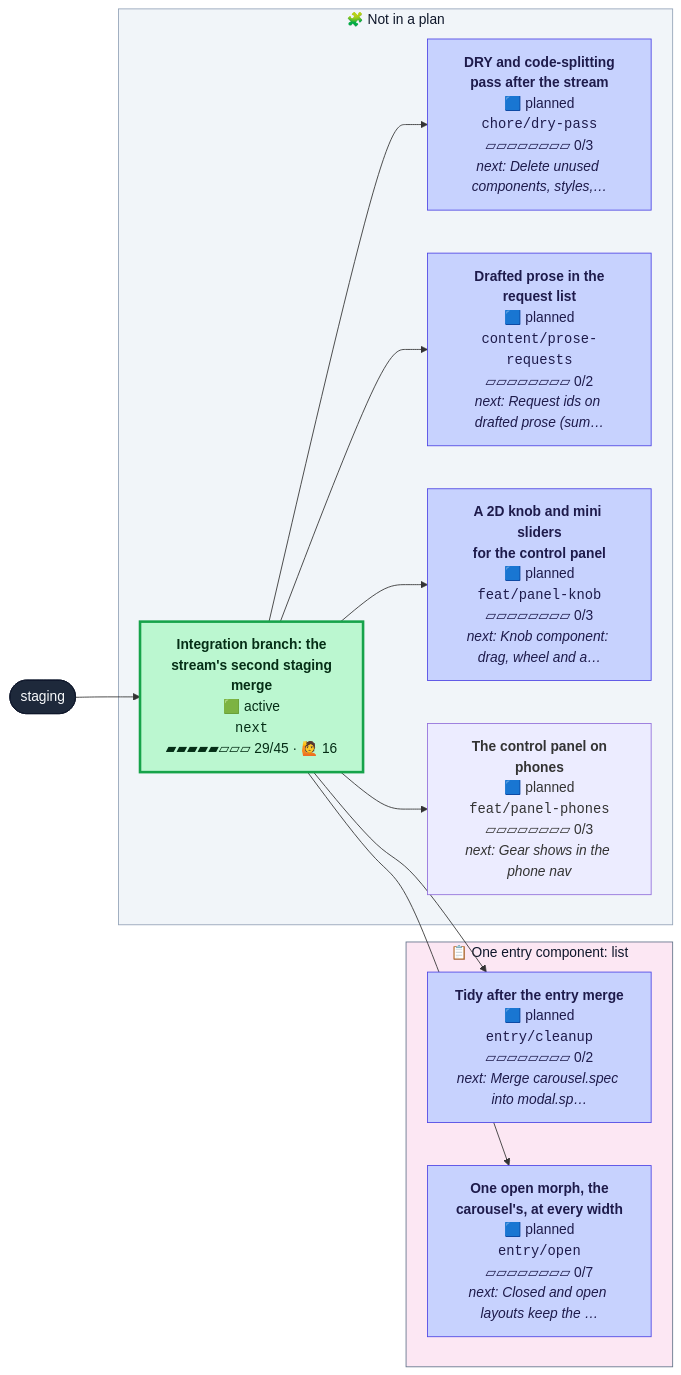
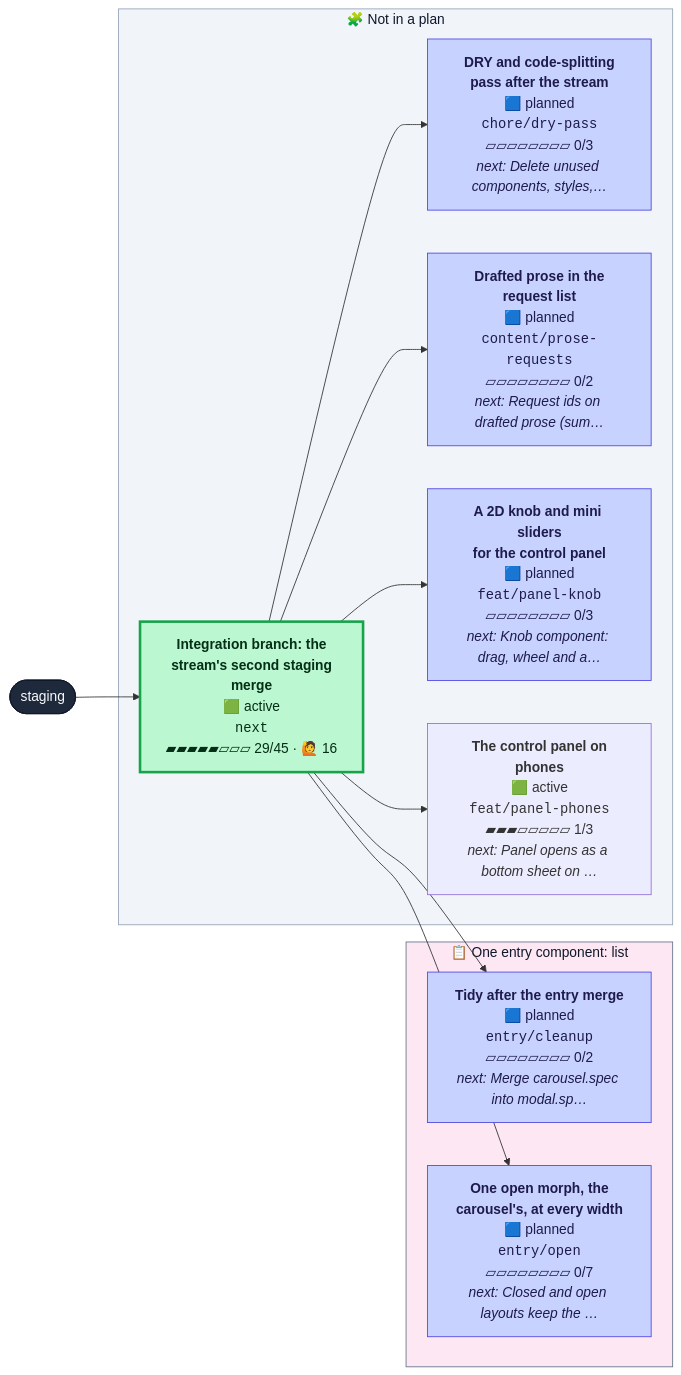
One commit to henryjonescodes/portfolio changed the second of 2 diagrams in CONTRIBUTING.md. Above: the diagram before and after it, drawn with Mermaid. The commit also changed other lines of this file and 1 other file, not shown here.

````diff
--- a/CONTRIBUTING.md
+++ b/CONTRIBUTING.md
@@ -51,41 +60,41 @@
 ```mermaid
 flowchart LR
   n_staging([staging])
   class n_staging trunk
   subgraph plan_1["📋 One entry component: list"]
     n_entry_cleanup["<b>Tidy after the entry merge</b><br/>🟦 planned<br/><code>entry/cleanup</code><br/>▱▱▱▱▱▱▱▱ 0/2<br/><i>next: Merge carousel.spec into modal.sp…</i>"]
     class n_entry_cleanup planned
     n_entry_open["<b>One open morph, the<br/>carousel's, at every width</b><br/>🟦 planned<br/><code>entry/open</code><br/>▱▱▱▱▱▱▱▱ 0/7<br/><i>next: Closed and open layouts keep the …</i>"]
     class n_entry_open planned
   end
   style plan_1 fill:#fce7f3,stroke:#64748b,color:#0f172a
   subgraph loose["🧩 Not in a plan"]
     n_chore_dry_pass["<b>DRY and code-splitting<br/>pass after the stream</b><br/>🟦 planned<br/><code>chore/dry-pass</code><br/>▱▱▱▱▱▱▱▱ 0/3<br/><i>next: Delete unused components, styles,…</i>"]
     class n_chore_dry_pass planned
     n_content_prose_requests["<b>Drafted prose in the<br/>request list</b><br/>🟦 planned<br/><code>content/prose-requests</code><br/>▱▱▱▱▱▱▱▱ 0/2<br/><i>next: Request ids on drafted prose (sum…</i>"]
     class n_content_prose_requests planned
     n_feat_panel_knob["<b>A 2D knob and mini sliders<br/>for the control panel</b><br/>🟦 planned<br/><code>feat/panel-knob</code><br/>▱▱▱▱▱▱▱▱ 0/3<br/><i>next: Knob component: drag, wheel and a…</i>"]
     class n_feat_panel_knob planned
-    n_feat_panel_phones["<b>The control panel on<br/>phones</b><br/>🟦 planned<br/><code>feat/panel-phones</code><br/>▱▱▱▱▱▱▱▱ 0/3<br/><i>next: Gear shows in the phone nav</i>"]
-    class n_feat_panel_phones planned,current
+    n_feat_panel_phones["<b>The control panel on<br/>phones</b><br/>🟩 active<br/><code>feat/panel-phones</code><br/>▰▰▰▱▱▱▱▱ 1/3<br/><i>next: Panel opens as a bottom sheet on …</i>"]
+    class n_feat_panel_phones active,current
     n_next["<b>Integration branch: the<br/>stream's second staging<br/>merge</b><br/>🟩 active<br/><code>next</code><br/>▰▰▰▰▰▱▱▱ 29/45 · 🙋 16"]
     class n_next active
   end
   style loose fill:#f1f5f9,stroke:#94a3b8,color:#0f172a
   n_next --> n_chore_dry_pass
   n_next --> n_content_prose_requests
   n_next --> n_entry_cleanup
   n_next --> n_entry_open
   n_next --> n_feat_panel_knob
   n_next --> n_feat_panel_phones
   n_staging --> n_next
   classDef merged fill:#dcfce7,stroke:#16a34a,color:#052e16
   classDef todo fill:#ffffff,stroke:#94a3b8,stroke-dasharray:2 2,color:#334155
   classDef planned fill:#c7d2fe,stroke:#4f46e5,color:#1e1b4b
   classDef sketched fill:#f8fafc,stroke:#64748b,stroke-dasharray:4 3,color:#334155
   classDef active fill:#bbf7d0,stroke:#16a34a,stroke-width:3px,color:#052e16
   classDef review fill:#fde68a,stroke:#d97706,stroke-width:3px,color:#451a03
   classDef blocked fill:#fecaca,stroke:#dc2626,stroke-width:3px,color:#450a0a
   classDef trunk fill:#1e293b,stroke:#0f172a,color:#f8fafc
   classDef current stroke:#0ea5e9,stroke-width:5px
 ```
````
